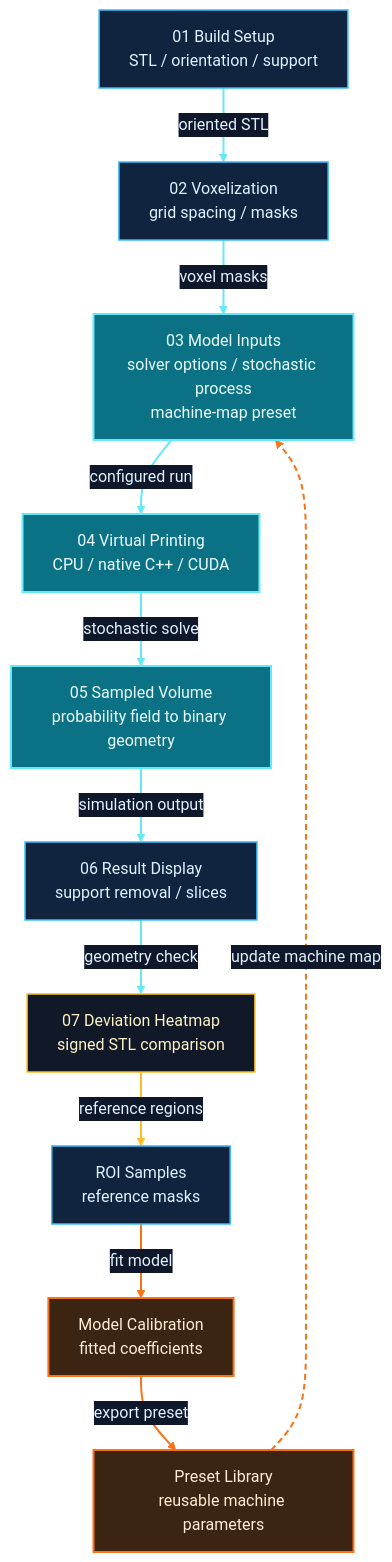
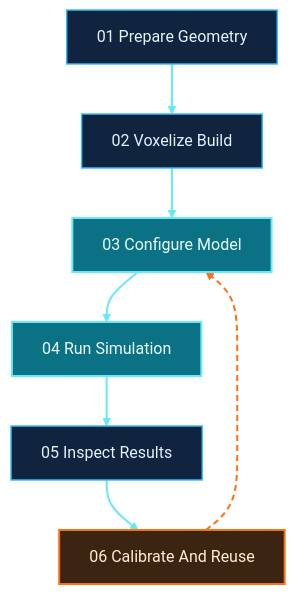
The diagram in README.md (Younghegalian/virtual-PBF), drawn with Mermaid before and after one commit.

Commit message:
Simplify README Mermaid flowchart

````diff
--- a/README.md
+++ b/README.md
@@ -86,39 +86,27 @@
 ```mermaid
 %%{init: {"theme": "base", "themeVariables": {"background": "#0f172a", "primaryColor": "#10243f", "primaryTextColor": "#e0f2fe", "primaryBorderColor": "#38bdf8", "lineColor": "#67e8f9", "textColor": "#e0f2fe", "clusterBkg": "#0b1220", "clusterBorder": "#1e3a5f", "edgeLabelBackground": "#0f172a", "fontFamily": "Inter, ui-sans-serif, system-ui, sans-serif"}}}%%
 flowchart TB
-  A["01 Build Setup<br/>STL / orientation / support"]
-  B["02 Voxelization<br/>grid spacing / masks"]
-  M["03 Model Inputs<br/>solver options / stochastic process<br/>machine-map preset"]
-  C["04 Virtual Printing<br/>CPU / native C++ / CUDA"]
-  V["05 Sampled Volume<br/>probability field to binary geometry"]
-  D["06 Result Display<br/>support removal / slices"]
-  H["07 Deviation Heatmap<br/>signed STL comparison"]
-  E["ROI Samples<br/>reference masks"]
-  F["Model Calibration<br/>fitted coefficients"]
-  R["Preset Library<br/>reusable machine parameters"]
+  A["01 Prepare Geometry"]
+  B["02 Voxelize Build"]
+  C["03 Configure Model"]
+  D["04 Run Simulation"]
+  E["05 Inspect Results"]
+  F["06 Calibrate And Reuse"]
 
-  A -->|"oriented STL"| B
-  B -->|"voxel masks"| M
-  M -->|"configured run"| C
-  C -->|"stochastic solve"| V
-  V -->|"simulation output"| D
-  D -->|"geometry check"| H
-  H -->|"reference regions"| E
-  E -->|"fit model"| F
-  F -->|"export preset"| R
-  R -.->|"update machine map"| M
+  A --> B
+  B --> C
+  C --> D
+  D --> E
+  E --> F
+  F -.-> C
 
   classDef stage fill:#10243f,stroke:#38bdf8,stroke-width:1.5px,color:#e0f2fe;
   classDef focus fill:#0b7285,stroke:#67e8f9,stroke-width:2px,color:#ecfeff;
   classDef accent fill:#3b2411,stroke:#f97316,stroke-width:2px,color:#ffedd5;
-  classDef metric fill:#111827,stroke:#fbbf24,stroke-width:1.5px,color:#fef3c7;
-  class A,B,D,E stage;
-  class M,C,V focus;
-  class F,R accent;
-  class H metric;
+  class A,B,E stage;
+  class C,D focus;
+  class F accent;
 
-  linkStyle 0,1,2,3,4,5 stroke:#67e8f9,stroke-width:2px;
-  linkStyle 6 stroke:#fbbf24,stroke-width:2px;
-  linkStyle 7,8 stroke:#f97316,stroke-width:2px;
-  linkStyle 9 stroke:#f97316,stroke-width:2px,stroke-dasharray: 6 4;
+  linkStyle 0,1,2,3,4 stroke:#67e8f9,stroke-width:2px;
+  linkStyle 5 stroke:#f97316,stroke-width:2px,stroke-dasharray: 6 4;
 ```
````
